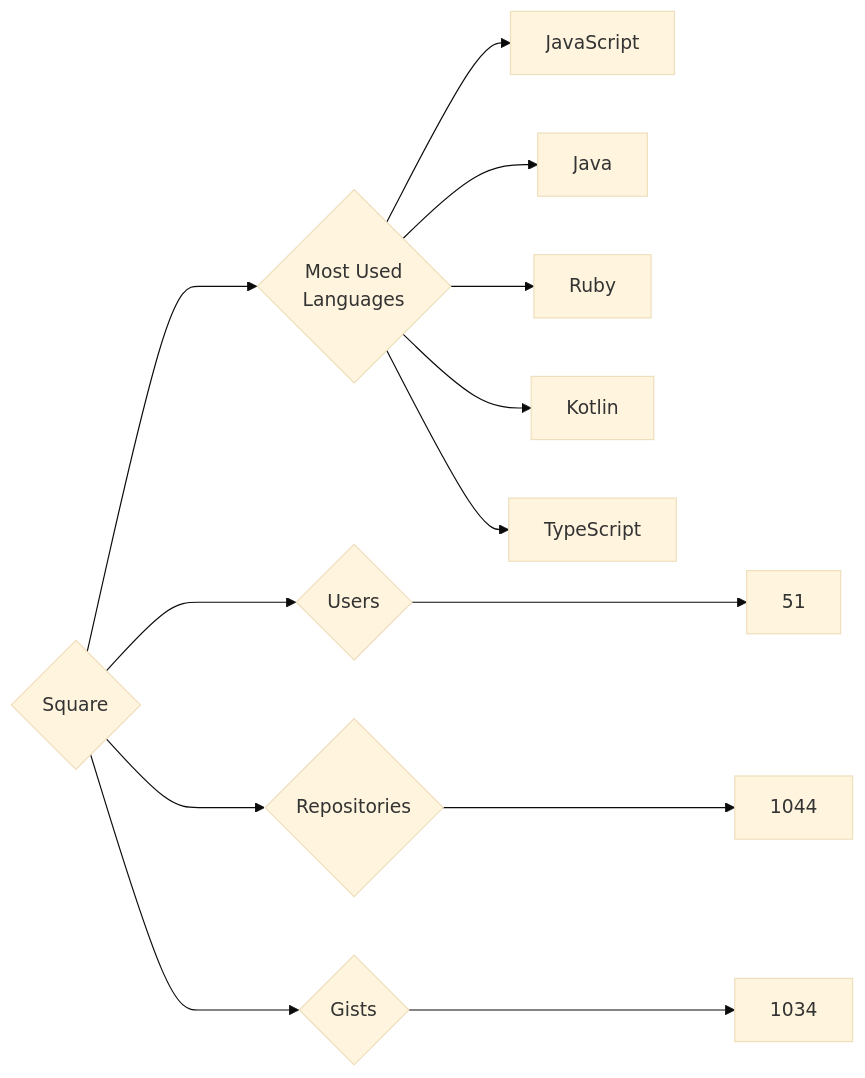
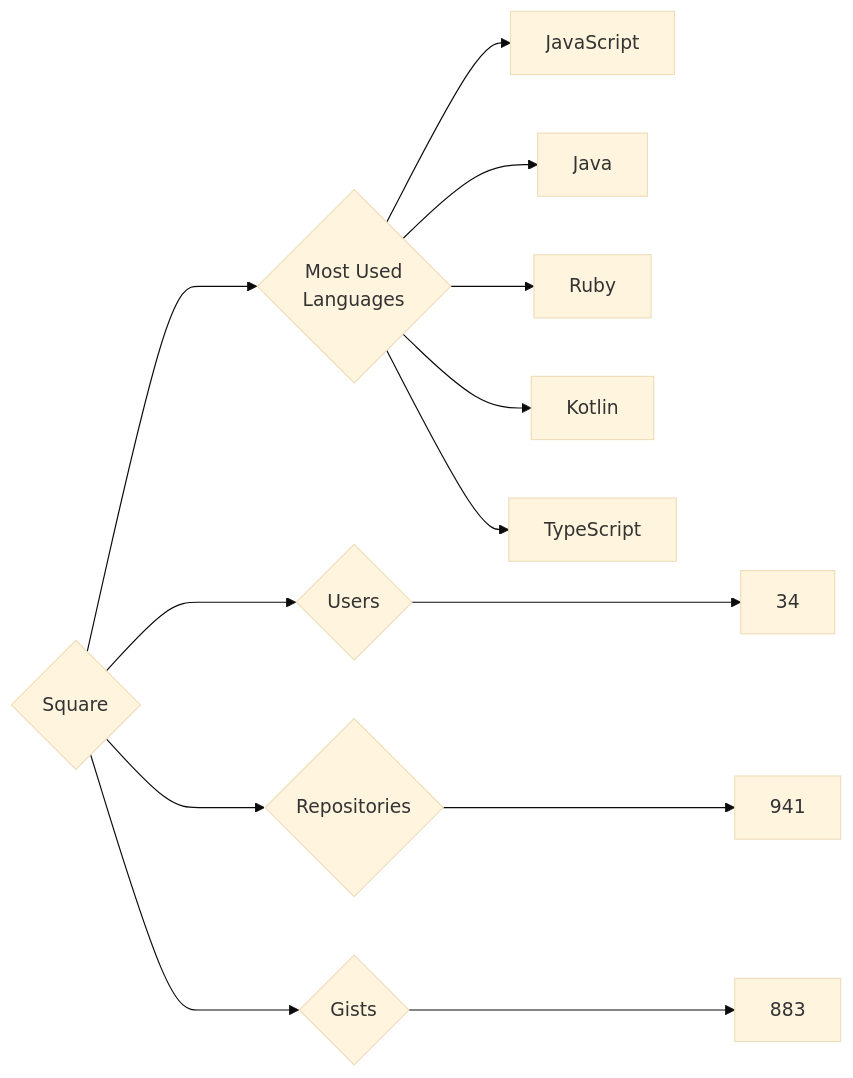
The diagram in targets/Square/README.md (trickest/insiders), drawn with Mermaid (base theme) before and after one commit. The commit also changed 995 other files, not shown here.

````diff
--- a/targets/Square/README.md
+++ b/targets/Square/README.md
@@ -3,13 +3,13 @@
 ```mermaid
 graph LR
 COMPANY_NAME{Square}
-COMPANY_NAME ---> U{Users} ---> UN[51]
-COMPANY_NAME ---> R{Repositories} ---> RN[1044]
-COMPANY_NAME ---> G{Gists} ---> GN[1034]
+COMPANY_NAME ---> U{Users} ---> UN[34]
+COMPANY_NAME ---> R{Repositories} ---> RN[941]
+COMPANY_NAME ---> G{Gists} ---> GN[883]
 COMPANY_NAME ---> ML{Most Used<br>Languages}
 ML --> JavaScript[JavaScript]
 ML --> Java[Java]
 ML --> Ruby[Ruby]
 ML --> Kotlin[Kotlin]
 ML --> TypeScript[TypeScript]
 ```
````
